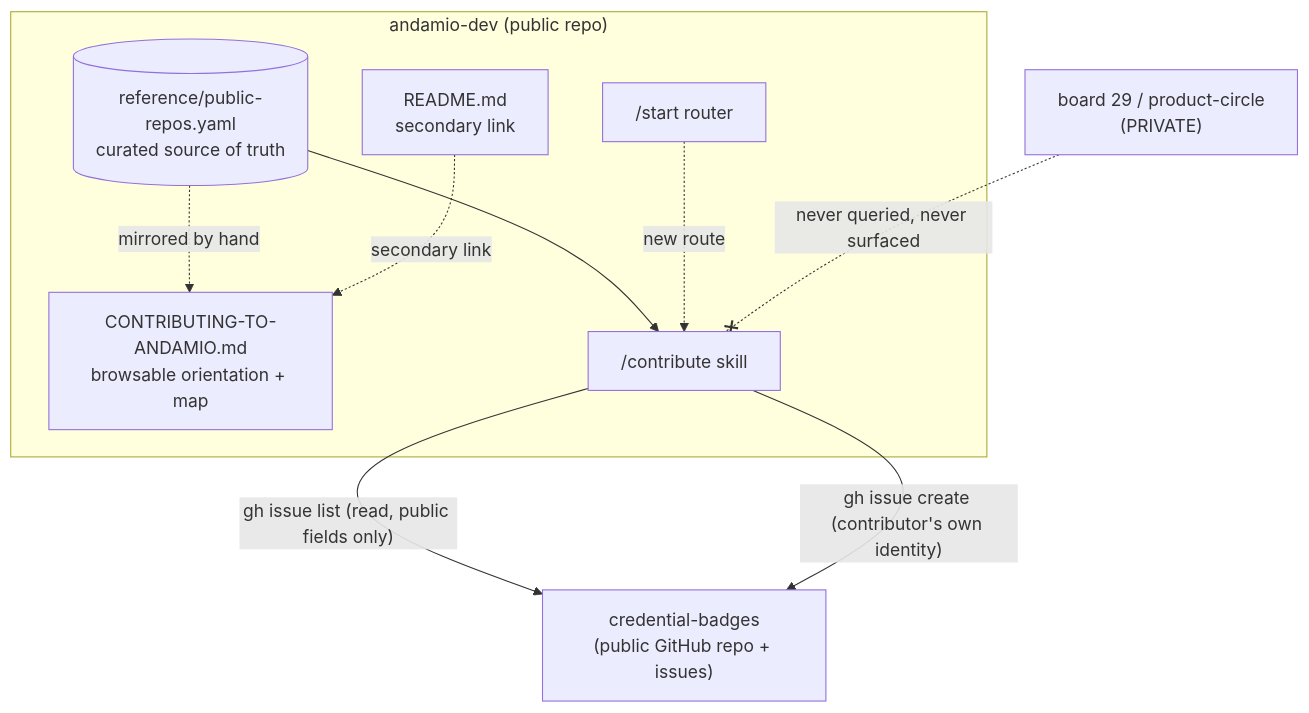
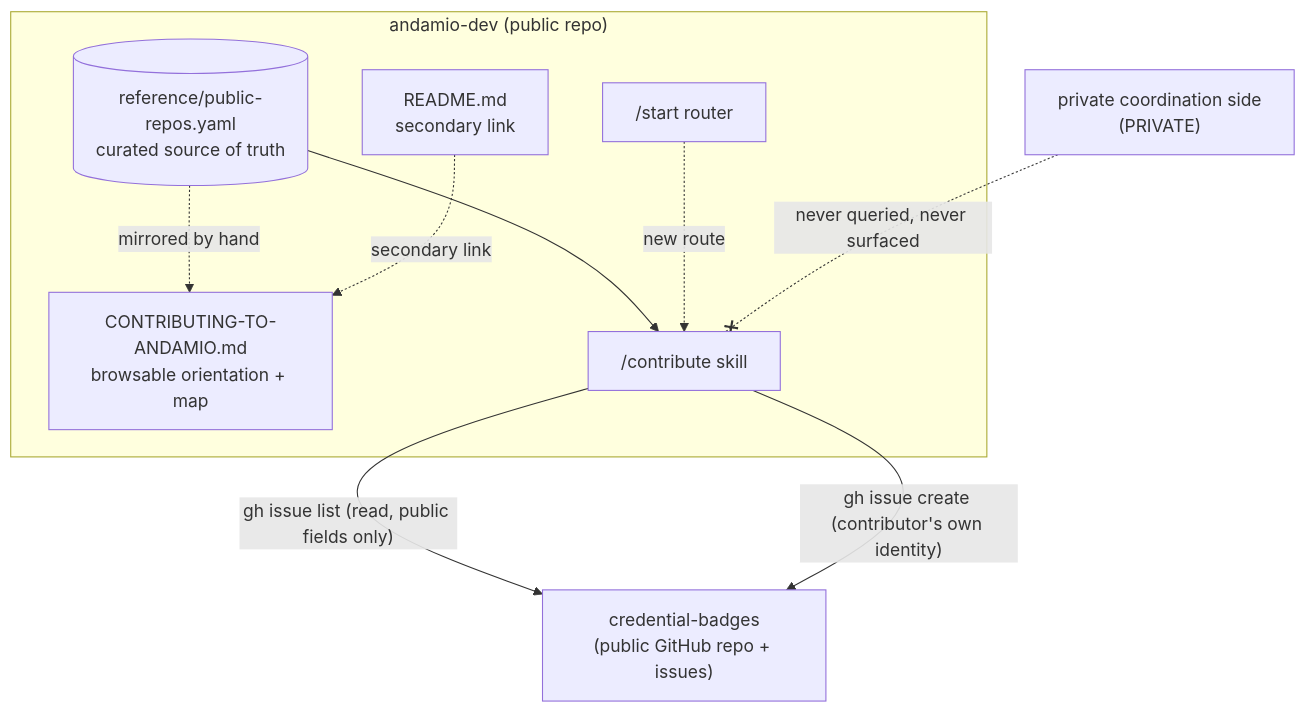
The first of 2 diagrams in docs/plans/2026-07-24-001-feat-public-contribution-front-door-plan.md (Andamio-Platform/andamio-dev), drawn with Mermaid before and after one commit. The commit also changed other lines of this file and 1 other file, not shown here.

First line of the commit message:
docs: generalize internal coordination references in planning artifacts

````diff
--- a/docs/plans/2026-07-24-001-feat-public-contribution-front-door-plan.md
+++ b/docs/plans/2026-07-24-001-feat-public-contribution-front-door-plan.md
@@ -64,20 +64,20 @@
 ```mermaid
 flowchart TB
   subgraph andamio-dev["andamio-dev (public repo)"]
     REG[("reference/public-repos.yaml<br/>curated source of truth")]
     DOC["CONTRIBUTING-TO-ANDAMIO.md<br/>browsable orientation + map"]
     SKILL["/contribute skill"]
     README["README.md<br/>secondary link"]
     START["/start router"]
   end
   CB["credential-badges<br/>(public GitHub repo + issues)"]
-  BOARD["board 29 / product-circle<br/>(PRIVATE)"]
+  BOARD["private coordination side<br/>(PRIVATE)"]
 
   REG -. mirrored by hand .-> DOC
   REG --> SKILL
   README -.secondary link.-> DOC
   START -.new route.-> SKILL
   SKILL -- "gh issue list (read, public fields only)" --> CB
   SKILL -- "gh issue create (contributor's own identity)" --> CB
   BOARD -. "never queried, never surfaced" .-x SKILL
 ```
````
